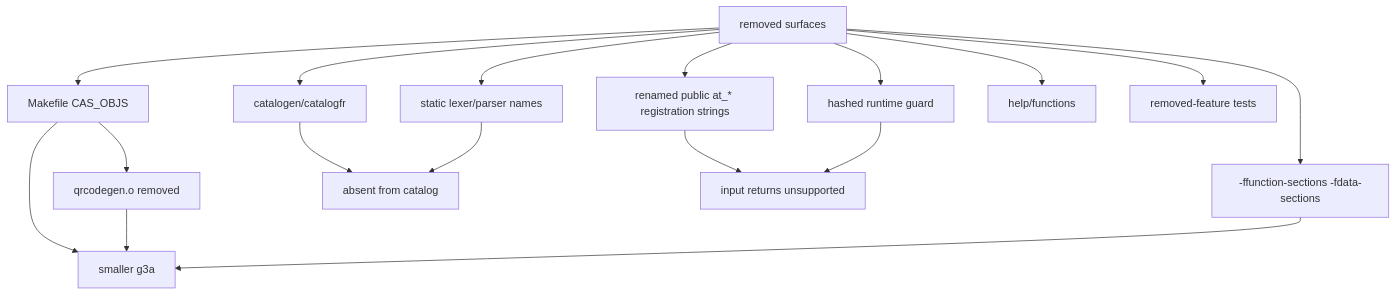
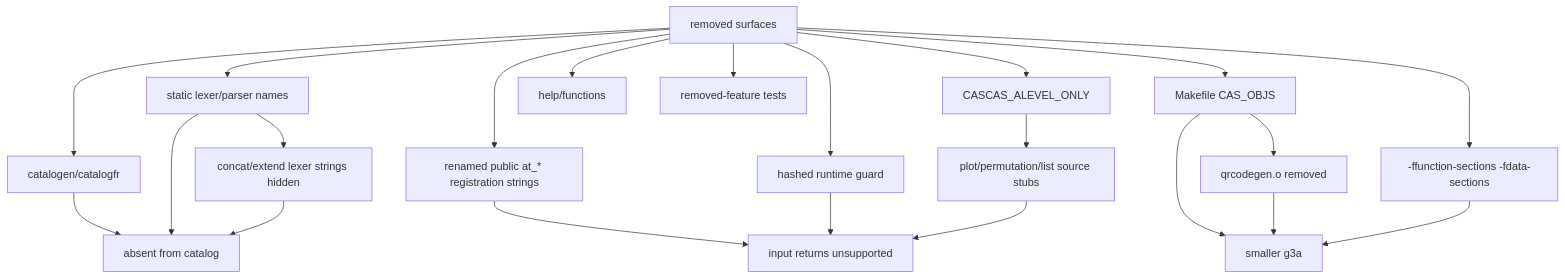
The fourth of 7 diagrams in docs/GRAPH.md (james8464/notes-addin-casio-fx-cg50), drawn with Mermaid before and after one commit. The commit also changed other lines of this file and 13 other files, not shown here.

Commit message:
prune removed plot and list helpers

````diff
--- a/docs/GRAPH.md
+++ b/docs/GRAPH.md
@@ -61,20 +61,25 @@
 ```mermaid
 graph TD
   Remove["removed surfaces"] --> Cat["catalogen/catalogfr"]
   Remove --> Lex["static lexer/parser names"]
   Remove --> Eval["renamed public at_* registration strings"]
   Remove --> Hash["hashed runtime guard"]
   Remove --> Obj["Makefile CAS_OBJS"]
+  Remove --> Macro["CASCAS_ALEVEL_ONLY"]
   Remove --> Sec["-ffunction-sections -fdata-sections"]
   Obj --> QR["qrcodegen.o removed"]
+  Macro --> Stubs["plot/permutation/list source stubs"]
+  Lex --> Hide["concat/extend lexer strings hidden"]
   Remove --> Help["help/functions"]
   Remove --> Tests["removed-feature tests"]
 
   Cat --> Gate["absent from catalog"]
   Lex --> Gate
   Eval --> Gate2["input returns unsupported"]
   Hash --> Gate2
+  Stubs --> Gate2
+  Hide --> Gate
   Obj --> Size["smaller g3a"]
   QR --> Size
   Sec --> Size
 ```
````
